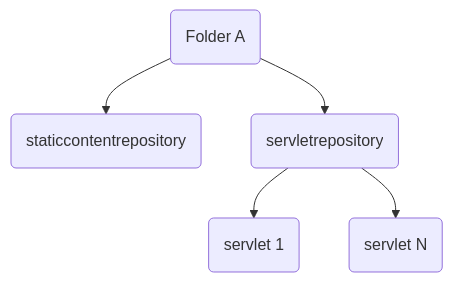
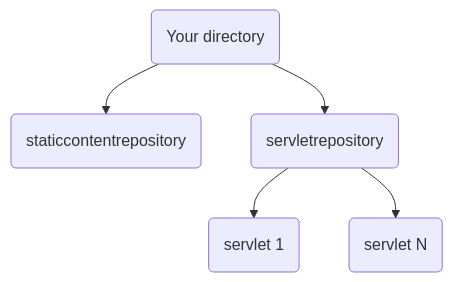
Before and after one commit to flenz00/TPBSCA: the diagram in README.md, drawn with Mermaid.

````diff
--- a/README.md
+++ b/README.md
@@ -42,8 +42,8 @@
 ```mermaid
 graph TD;
     A(Your directory) --> B(staticcontentrepository);
-    A(Folder A) --> C(servletrepository);
+    A(Your directory) --> C(servletrepository);
     C(servletrepository) --> D(servlet 1);
     C(servletrepository) --> E(servlet N);
     
 ```
````
